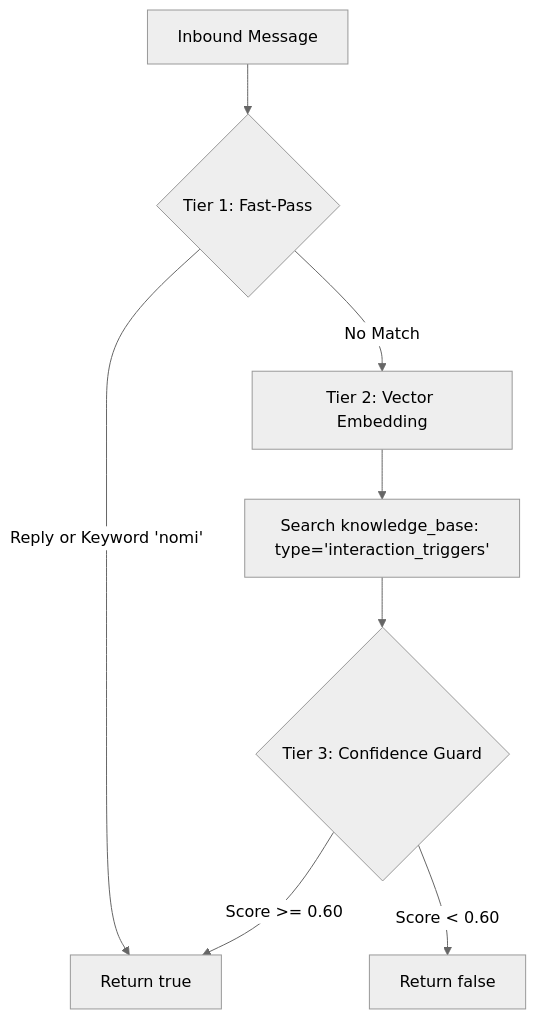
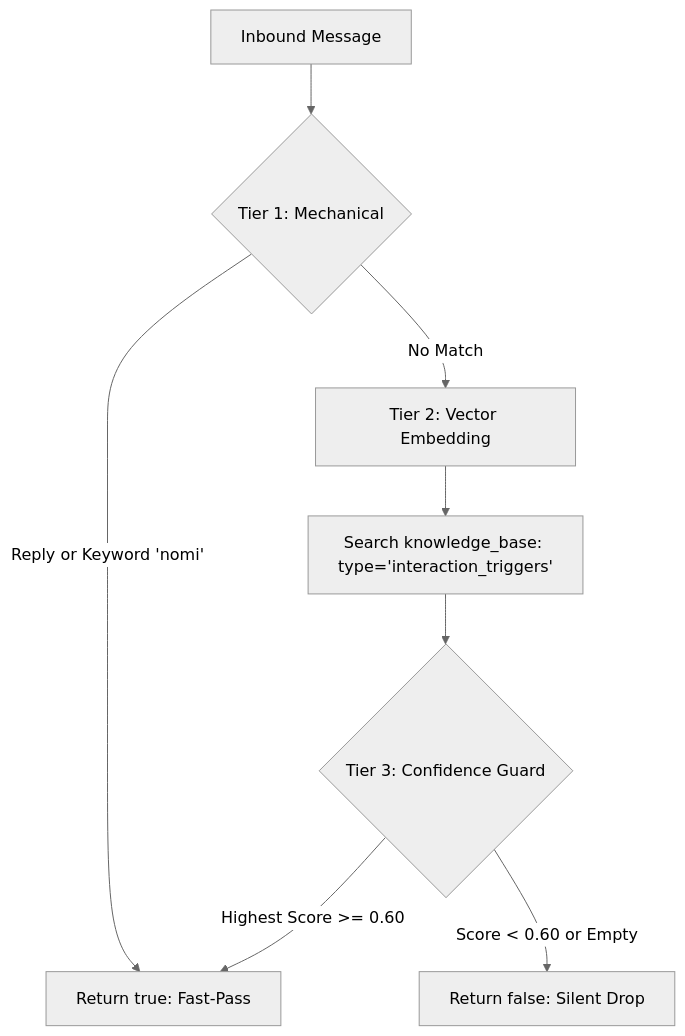
The second of 4 diagrams in README.md (triandamai/nomi), drawn with Mermaid (neutral theme) before and after one commit. The commit also changed other lines of this file and 17 other files, not shown here.

````diff
--- a/README.md
+++ b/README.md
@@ -59,10 +60,10 @@
 ```mermaid
 graph TD
-    Start[Inbound Message] --> Tier1{Tier 1: Fast-Pass}
-    Tier1 -->|Reply or Keyword 'nomi'| Yes[Return true]
+    Start[Inbound Message] --> Tier1{Tier 1: Mechanical}
+    Tier1 -->|Reply or Keyword 'nomi'| Yes[Return true: Fast-Pass]
     Tier1 -->|No Match| Tier2[Tier 2: Vector Embedding]
     Tier2 --> Search[Search knowledge_base: type='interaction_triggers']
     Search --> Tier3{Tier 3: Confidence Guard}
-    Tier3 -->|Score >= 0.60| Yes
-    Tier3 -->|Score < 0.60| No[Return false]
+    Tier3 -->|Highest Score >= 0.60| Yes
+    Tier3 -->|Score < 0.60 or Empty| No[Return false: Silent Drop]
 ```
````
